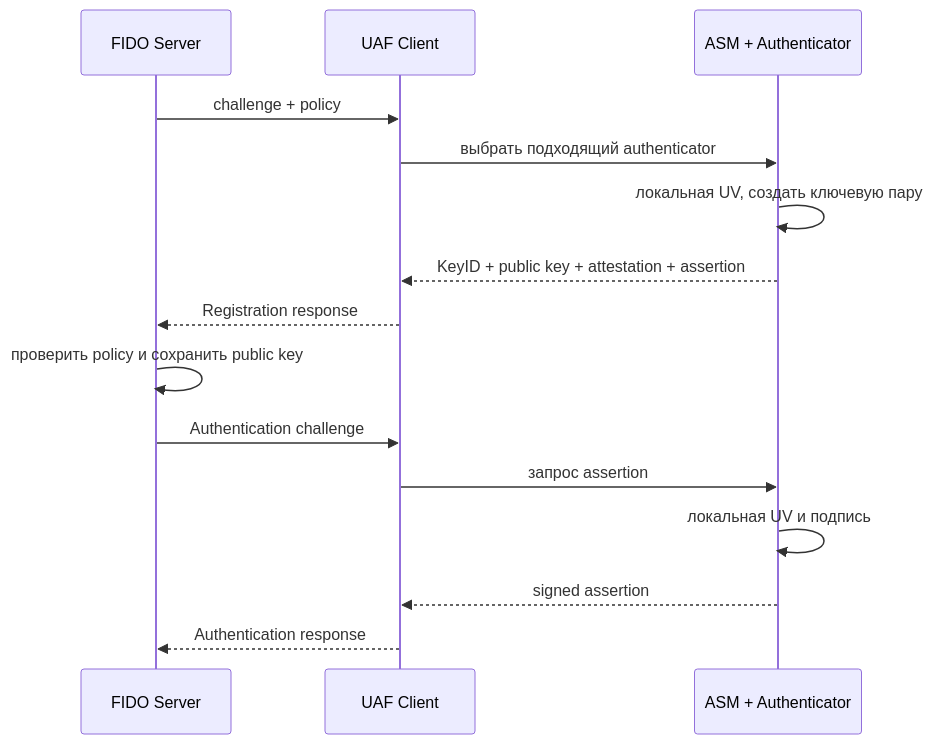
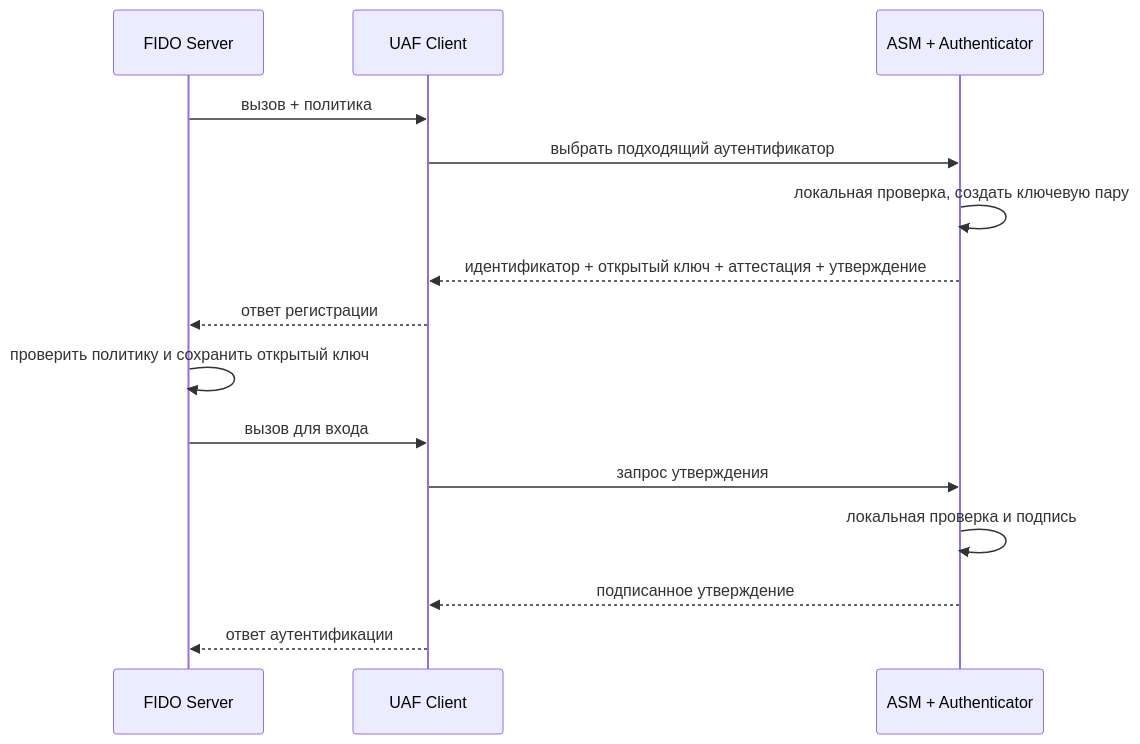
One commit to zapret-discordyoutube/todo changed the second of 2 diagrams in FIDO/uaf.md. Above: the diagram before and after it, drawn with Mermaid. The commit also changed other lines of this file and 8 other files, not shown here.

````diff
--- a/FIDO/uaf.md
+++ b/FIDO/uaf.md
@@ -54,17 +92,17 @@
 ```mermaid
 sequenceDiagram
     participant S as FIDO Server
     participant C as UAF Client
     participant A as ASM + Authenticator
-    S->>C: challenge + policy
-    C->>A: выбрать подходящий authenticator
-    A->>A: локальная UV, создать ключевую пару
-    A-->>C: KeyID + public key + attestation + assertion
-    C-->>S: Registration response
-    S->>S: проверить policy и сохранить public key
-    S->>C: Authentication challenge
-    C->>A: запрос assertion
-    A->>A: локальная UV и подпись
-    A-->>C: signed assertion
-    C-->>S: Authentication response
+    S->>C: вызов + политика
+    C->>A: выбрать подходящий аутентификатор
+    A->>A: локальная проверка, создать ключевую пару
+    A-->>C: идентификатор + открытый ключ + аттестация + утверждение
+    C-->>S: ответ регистрации
+    S->>S: проверить политику и сохранить открытый ключ
+    S->>C: вызов для входа
+    C->>A: запрос утверждения
+    A->>A: локальная проверка и подпись
+    A-->>C: подписанное утверждение
+    C-->>S: ответ аутентификации
 ```
````
